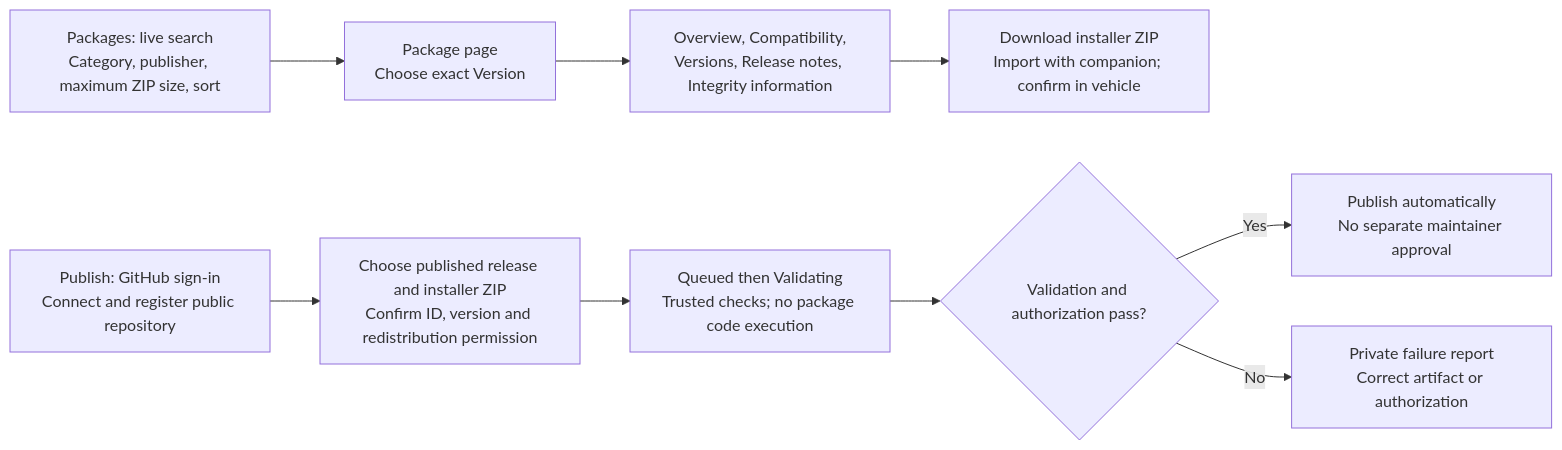
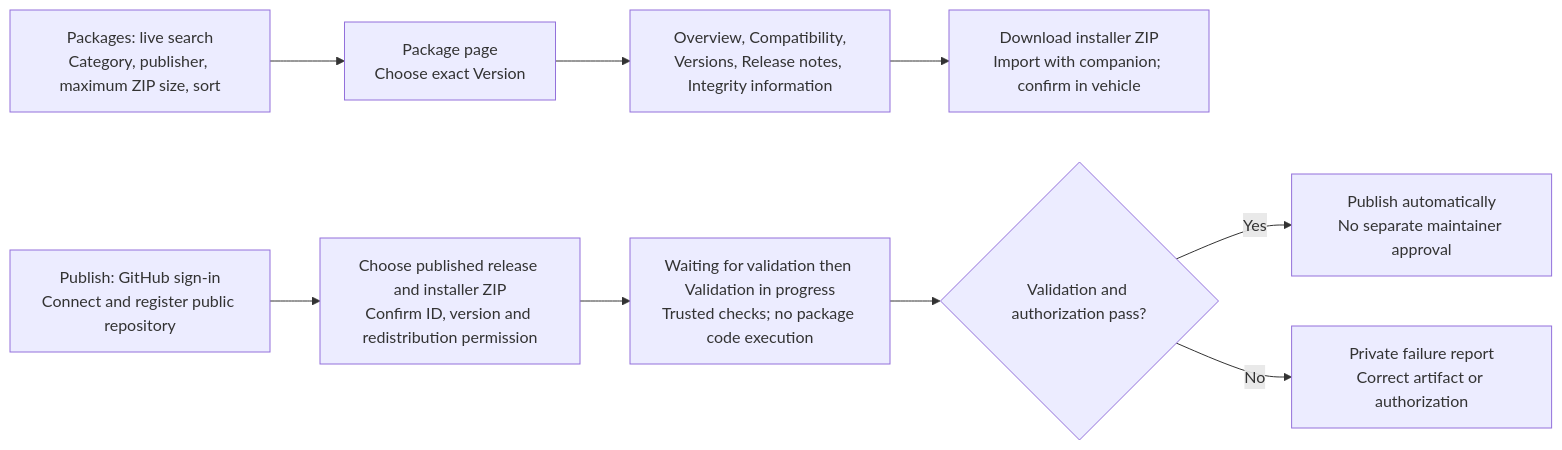
The second of 10 diagrams in docs/WORKFLOW-REFERENCE.md (hmason55/nemesis-package-manager), drawn with Mermaid before and after one commit. The commit also changed other lines of this file and 20 other files, not shown here.

````diff
--- a/docs/WORKFLOW-REFERENCE.md
+++ b/docs/WORKFLOW-REFERENCE.md
@@ -33,11 +33,11 @@
 ```mermaid
 flowchart LR
     search["Packages: live search<br/>Category, publisher, maximum ZIP size, sort"] --> package["Package page<br/>Choose exact Version"]
     package --> read["Overview, Compatibility,<br/>Versions, Release notes, Integrity information"]
     read --> download["Download installer ZIP<br/>Import with companion; confirm in vehicle"]
     publish["Publish: GitHub sign-in<br/>Connect and register public repository"] --> asset["Choose published release and installer ZIP<br/>Confirm ID, version and redistribution permission"]
-    asset --> validate["Queued then Validating<br/>Trusted checks; no package code execution"]
+    asset --> validate["Waiting for validation then Validation in progress<br/>Trusted checks; no package code execution"]
     validate --> outcome{"Validation and authorization pass?"}
     outcome -->|Yes| live["Publish automatically<br/>No separate maintainer approval"]
     outcome -->|No| report["Private failure report<br/>Correct artifact or authorization"]
 ```
````
